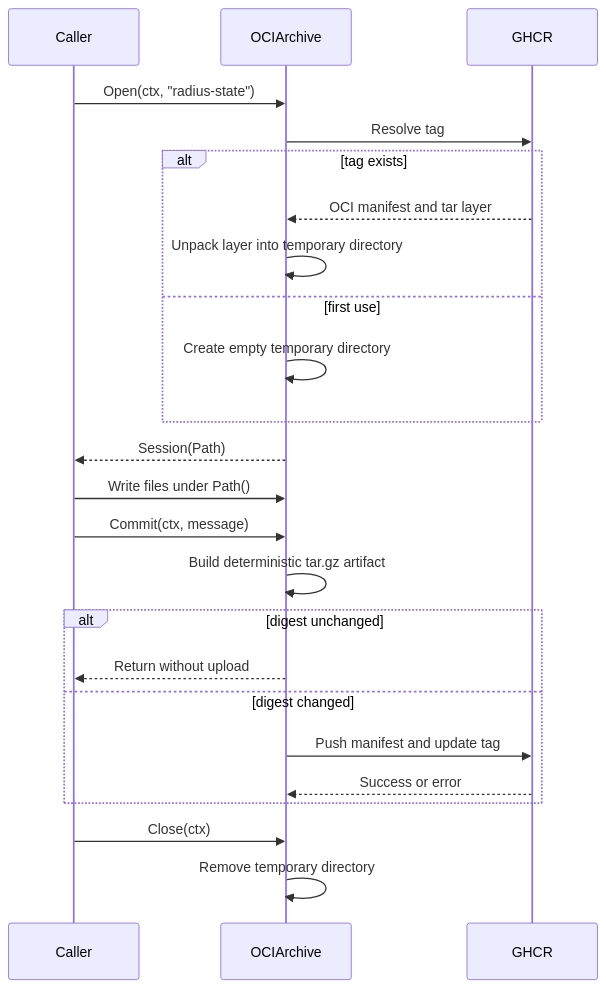
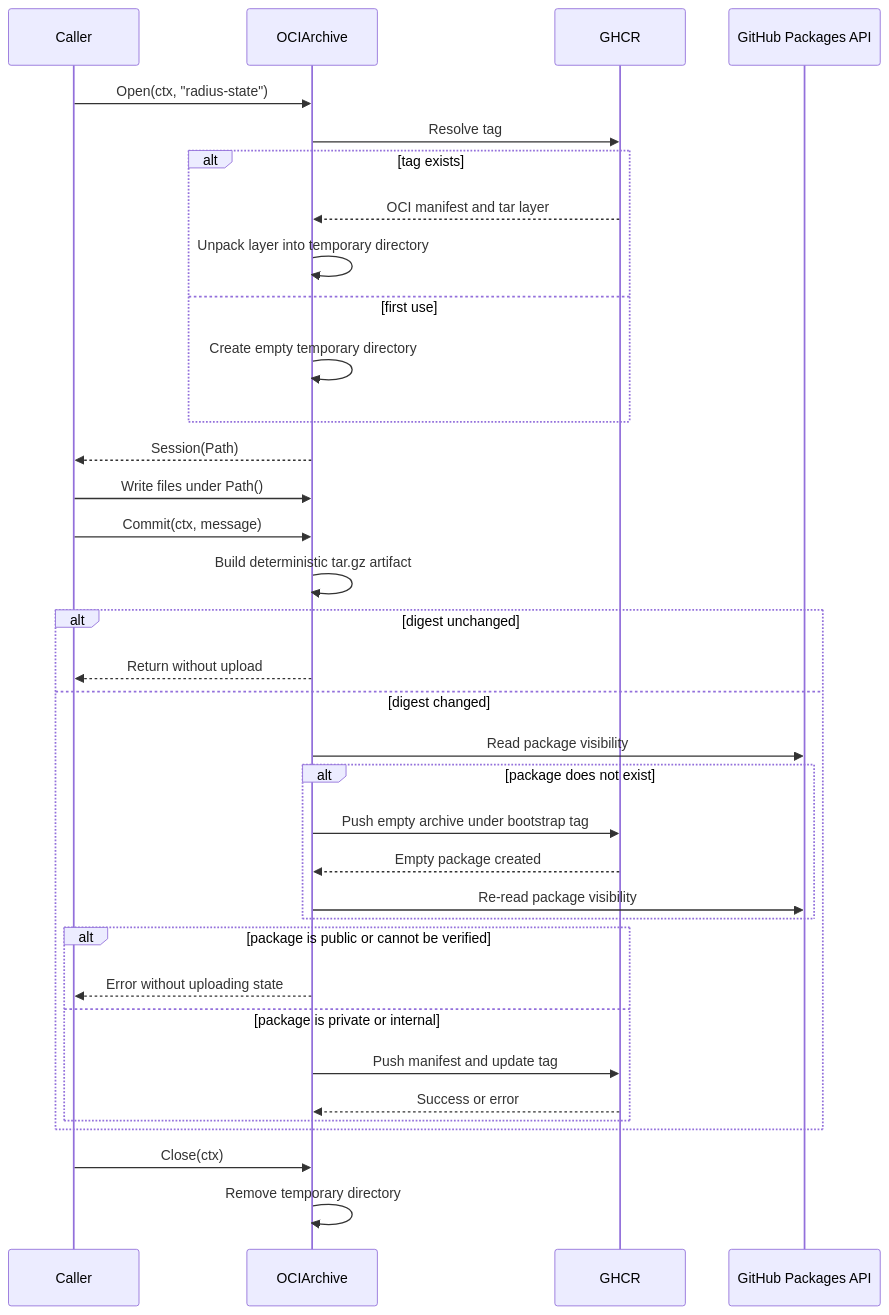
Before and after one commit to radius-project/radius: the third of 3 diagrams in eng/design-notes/architecture/2026-07-oci-ghcr-state-archive.md, drawn with Mermaid. The commit also changed other lines of this file and 5 other files, not shown here.

````diff
--- a/eng/design-notes/architecture/2026-07-oci-ghcr-state-archive.md
+++ b/eng/design-notes/architecture/2026-07-oci-ghcr-state-archive.md
@@ -153,28 +155,39 @@
 ```mermaid
 sequenceDiagram
     participant C as Caller
     participant A as OCIArchive
     participant R as GHCR
+    participant G as GitHub Packages API
 
     C->>A: Open(ctx, "radius-state")
     A->>R: Resolve tag
     alt tag exists
         R-->>A: OCI manifest and tar layer
         A->>A: Unpack layer into temporary directory
     else first use
         A->>A: Create empty temporary directory
     end
     A-->>C: Session(Path)
 
     C->>A: Write files under Path()
     C->>A: Commit(ctx, message)
     A->>A: Build deterministic tar.gz artifact
     alt digest unchanged
         A-->>C: Return without upload
     else digest changed
-        A->>R: Push manifest and update tag
-        R-->>A: Success or error
+        A->>G: Read package visibility
+        alt package does not exist
+            A->>R: Push empty archive under bootstrap tag
+            R-->>A: Empty package created
+            A->>G: Re-read package visibility
+        end
+        alt package is public or cannot be verified
+            A-->>C: Error without uploading state
+        else package is private or internal
+            A->>R: Push manifest and update tag
+            R-->>A: Success or error
+        end
     end
     C->>A: Close(ctx)
     A->>A: Remove temporary directory
 ```
````
